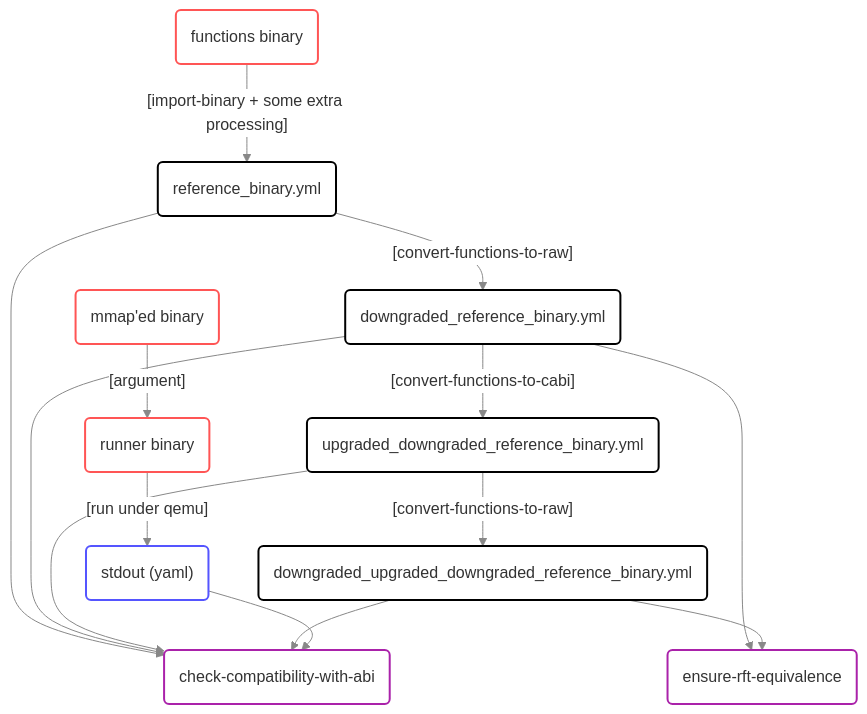
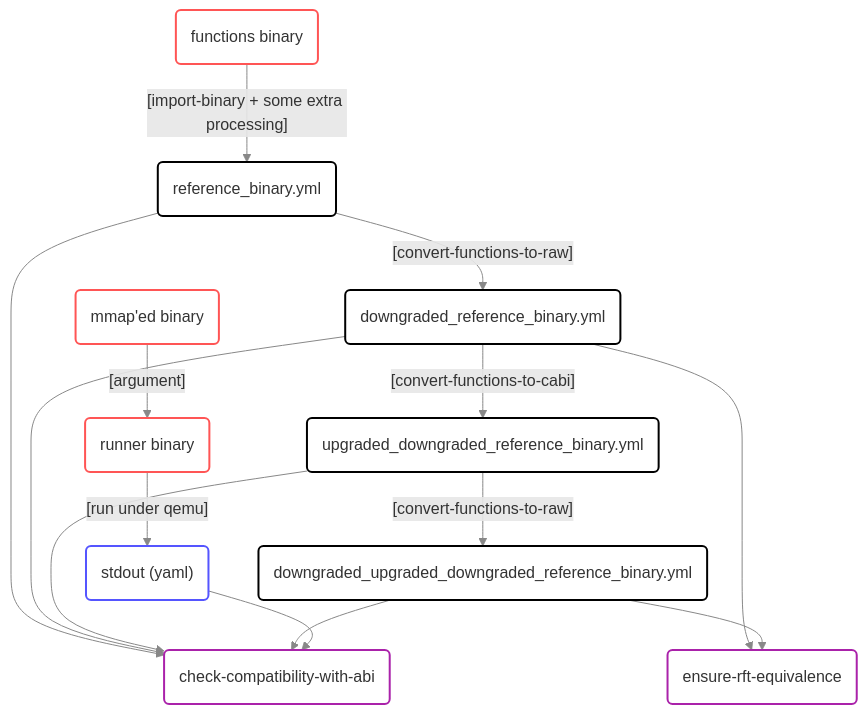
The first of 2 diagrams in share/revng/test/tests/abi/README.md (revng/revng), drawn with Mermaid before and after one commit. The commit also changed other lines of this file and 1 other file, not shown here.

````diff
--- a/share/revng/test/tests/abi/README.md
+++ b/share/revng/test/tests/abi/README.md
@@ -7,45 +7,44 @@
 ```mermaid
-%%{init: {'themeVariables': { 'edgeLabelBackground': 'white'}}}%%
 graph TB
   linkStyle default stroke: #888
   classDef black fill: #fff, stroke: #000, stroke-width: 2px
   classDef red fill: #fff, stroke: #f55, stroke-width: 2px
   classDef blue fill: #fff, stroke: #55f, stroke-width: 2px
   classDef green fill: #fff, stroke: #090, stroke-width: 2px
   classDef purple fill: #fff, stroke: #a2a, stroke-width: 2px
 
   fb(functions binary)
   rb(runner binary)
   mb(mmap'ed binary)
   class fb,rb,mb red
 
   reference_binary.yml(reference_binary.yml)
   downgraded_reference_binary.yml(downgraded_reference_binary.yml)
   upgraded_downgraded_reference_binary.yml(upgraded_downgraded_reference_binary.yml)
   downgraded_upgraded_downgraded_reference_binary.yml(downgraded_upgraded_downgraded_reference_binary.yml)
   class reference_binary.yml,downgraded_reference_binary.yml,upgraded_downgraded_reference_binary.yml,downgraded_upgraded_downgraded_reference_binary.yml black
 
   yaml("stdout (yaml)")
   class yaml blue
 
   check-compatibility-with-abi(check-compatibility-with-abi)
   ensure-rft-equivalence(ensure-rft-equivalence)
   class check-compatibility-with-abi,ensure-rft-equivalence purple
 
   fb -- "[import-binary + some extra processing]" --> reference_binary.yml
   reference_binary.yml -- "[convert-functions-to-raw]" --> downgraded_reference_binary.yml
   downgraded_reference_binary.yml -- "[convert-functions-to-cabi]" --> upgraded_downgraded_reference_binary.yml
   upgraded_downgraded_reference_binary.yml -- "[convert-functions-to-raw]" --> downgraded_upgraded_downgraded_reference_binary.yml
 
   rb -- "[run under qemu]" --> yaml
   mb -- "[argument]" --> rb
 
   reference_binary.yml --> check-compatibility-with-abi
   downgraded_reference_binary.yml --> check-compatibility-with-abi
   upgraded_downgraded_reference_binary.yml --> check-compatibility-with-abi
   downgraded_upgraded_downgraded_reference_binary.yml --> check-compatibility-with-abi
   yaml --> check-compatibility-with-abi
 
   downgraded_reference_binary.yml --> ensure-rft-equivalence
   downgraded_upgraded_downgraded_reference_binary.yml --> ensure-rft-equivalence
 ```
````
